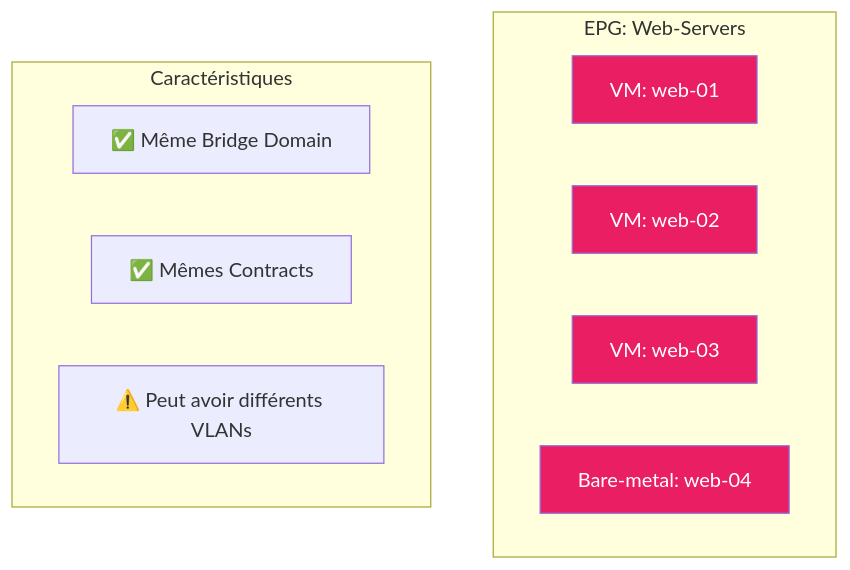
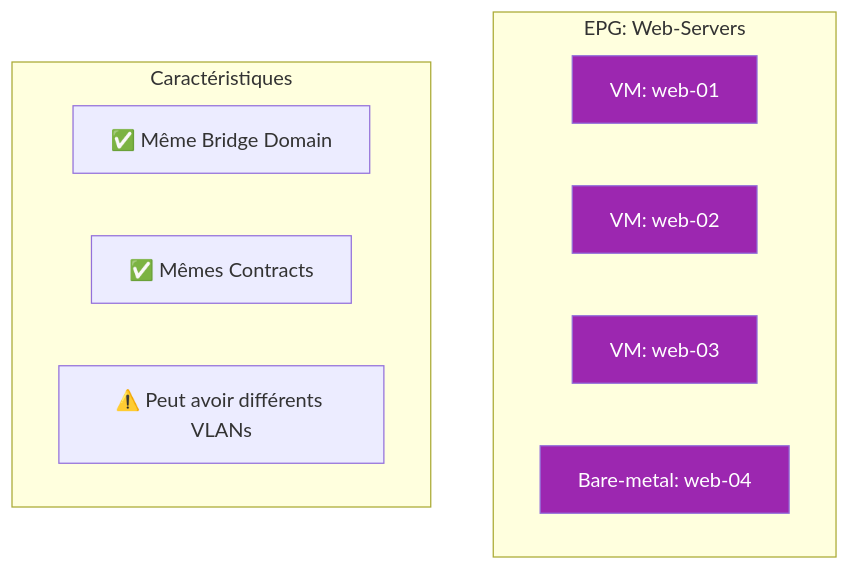
The ninth of 11 diagrams in docs/formations/terraform-aci/03-module.md (VBlackJack/ShellBook), drawn with Mermaid before and after one commit. The commit also changed other lines of this file and 337 other files, not shown here.

First line of the commit message:
refactor(docs): Standardize code blocks and Mermaid colors

````diff
--- a/docs/formations/terraform-aci/03-module.md
+++ b/docs/formations/terraform-aci/03-module.md
@@ -478,20 +478,20 @@
 ```mermaid
 graph TB
     subgraph "EPG: Web-Servers"
         VM1["VM: web-01"]
         VM2["VM: web-02"]
         VM3["VM: web-03"]
         BM["Bare-metal: web-04"]
     end
 
     subgraph "Caractéristiques"
         SAME_BD["✅ Même Bridge Domain"]
         SAME_POL["✅ Mêmes Contracts"]
         DIFF_VLAN["⚠️ Peut avoir différents VLANs"]
     end
 
-    style VM1 fill:#e91e63,color:#fff
-    style VM2 fill:#e91e63,color:#fff
-    style VM3 fill:#e91e63,color:#fff
-    style BM fill:#e91e63,color:#fff
+    style VM1 fill:#9C27B0,color:#fff
+    style VM2 fill:#9C27B0,color:#fff
+    style VM3 fill:#9C27B0,color:#fff
+    style BM fill:#9C27B0,color:#fff
 ```
````
